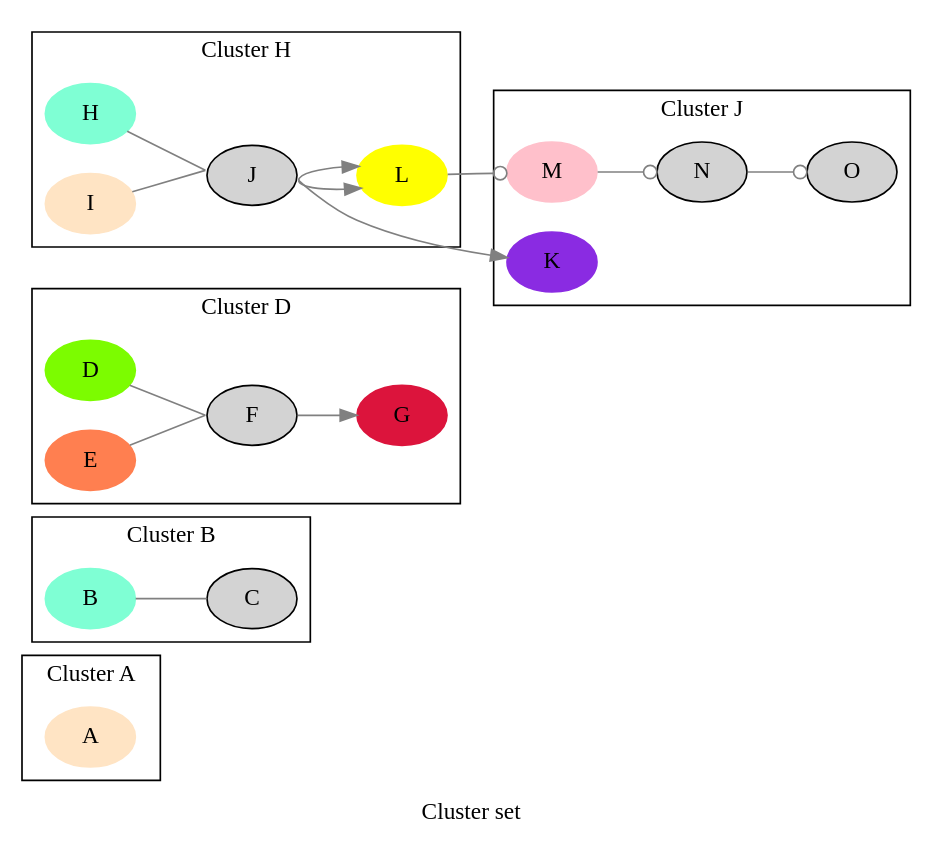
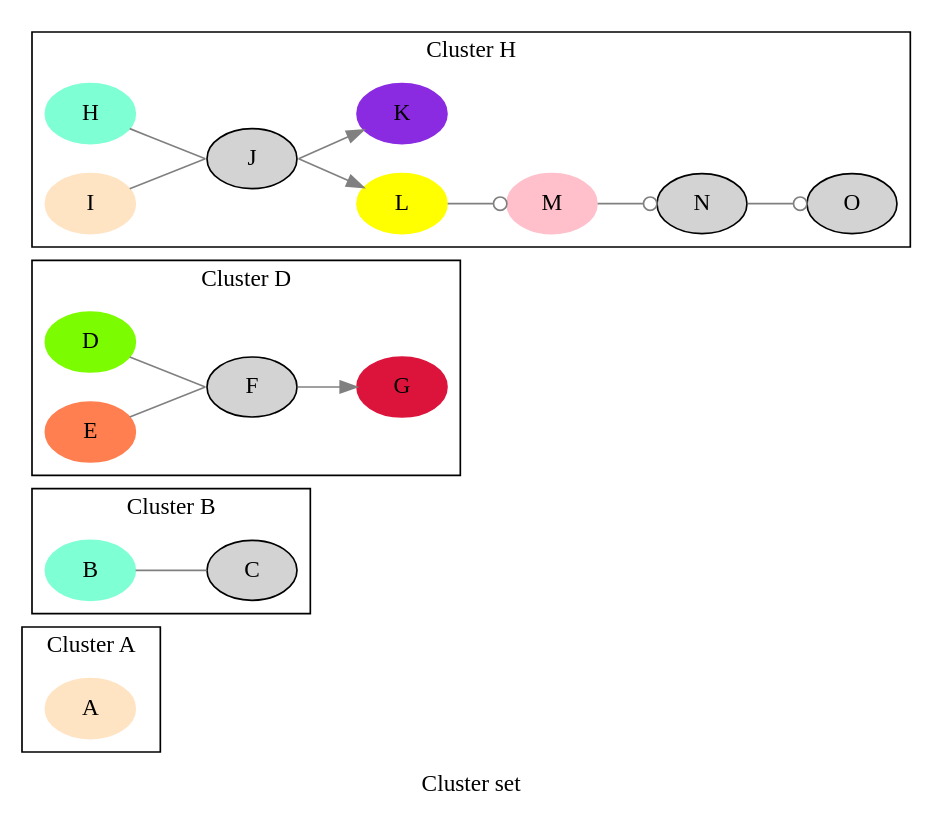
Before and after one commit to graphviz-perl/GraphViz2-Marpa-PathUtils: the diagram in data/14.clusters.out.gv, drawn with Graphviz. The commit also changed 12 other files, not shown here.

```diff
--- a/data/14.clusters.out.gv
+++ b/data/14.clusters.out.gv
@@ -1,77 +1,62 @@
 digraph Perl
 {
 graph [ label="Cluster set" rankdir="LR" ]
 
 subgraph "cluster A"
 {
 graph [ label="Cluster A" rankdir="LR" ]
 
 "A" [ color="bisque" shape="oval" style="filled" ]
 }
 
 subgraph "cluster B"
 {
 graph [ label="Cluster B" rankdir="LR" ]
 
 "B" [ color="aquamarine" shape="oval" style="filled" ]
 "C" [ shape="oval" style="filled" ]
 "B" -> "C" [ arrowhead="none" color="grey" label="" samehead="1" ]
 }
 
 subgraph "cluster D"
 {
 graph [ label="Cluster D" rankdir="LR" ]
 
 "D" [ color="lawngreen" shape="oval" style="filled" ]
 "F" [ shape="oval" style="filled" ]
 "D" -> "F" [ arrowhead="none" color="grey" label="" samehead="1" ]
 "E" [ color="coral" shape="oval" style="filled" ]
 "F" [ shape="oval" style="filled" ]
 "E" -> "F" [ arrowhead="none" color="grey" label="" samehead="1" ]
 "F" [ shape="oval" style="filled" ]
 "G" [ color="crimson" shape="oval" style="filled" ]
 "F" -> "G" [ color="grey" label="" sametail="1" ]
 }
 
 subgraph "cluster H"
 {
 graph [ label="Cluster H" rankdir="LR" ]
 
 "H" [ color="aquamarine" shape="oval" style="filled" ]
 "J" [ shape="oval" style="filled" ]
 "H" -> "J" [ arrowhead="none" color="grey" label="" samehead="1" ]
 "I" [ color="bisque" shape="oval" style="filled" ]
 "J" [ shape="oval" style="filled" ]
 "I" -> "J" [ arrowhead="none" color="grey" label="" samehead="1" ]
 "J" [ shape="oval" style="filled" ]
 "L" [ color="yellow" shape="oval" style="filled" ]
 "J" -> "L" [ color="grey" label="" sametail="1" ]
-}
-
-subgraph "cluster J"
-{
-graph [ label="Cluster J" rankdir="LR" ]
-
 "J" [ shape="oval" style="filled" ]
 "K" [ color="blueviolet" shape="oval" style="filled" ]
 "J" -> "K" [ color="grey" label="" sametail="1" ]
-}
-
-subgraph "cluster J"
-{
-graph [ label="Cluster J" rankdir="LR" ]
-
-"J" [ shape="oval" style="filled" ]
-"L" [ color="yellow" shape="oval" style="filled" ]
-"J" -> "L" [ color="grey" label="" sametail="1" ]
 "L" [ color="yellow" shape="oval" style="filled" ]
 "M" [ color="pink" shape="oval" style="filled" ]
 "L" -> "M" [ arrowhead="odot" color="grey" label="" ]
 "M" [ color="pink" shape="oval" style="filled" ]
 "N" [ shape="oval" style="filled" ]
 "M" -> "N" [ arrowhead="odot" color="grey" label="" ]
 "N" [ shape="oval" style="filled" ]
 "O" [ shape="oval" style="filled" ]
 "N" -> "O" [ arrowhead="odot" color="grey" label="" ]
 }
 }
```
